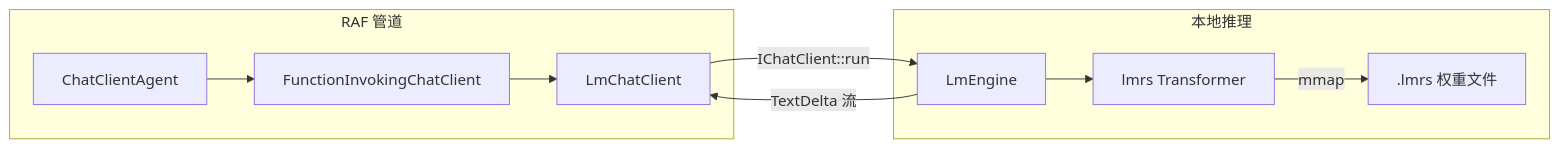
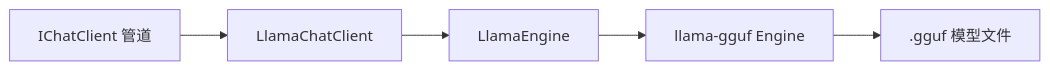
The diagram in docs/09-chat-client-pipeline/local-inference.md (Rust-Framework/rust-agent-framework), drawn with Mermaid before and after one commit. The commit also changed other lines of this file and 67 other files, not shown here.

````diff
--- a/docs/09-chat-client-pipeline/local-inference.md
+++ b/docs/09-chat-client-pipeline/local-inference.md
@@ -7,20 +7,7 @@
 ```mermaid
-graph LR
-    subgraph "RAF 管道"
-        A[ChatClientAgent]
-        B[FunctionInvokingChatClient]
-        C[LmChatClient]
-    end
-
-    subgraph "本地推理"
-        D[LmEngine]
-        E[lmrs Transformer]
-        F[.lmrs 权重文件]
-    end
-
-    A --> B --> C
-    C -->|IChatClient::run| D
-    D --> E
-    E -->|mmap| F
-    D -->|TextDelta 流| C
+flowchart LR
+    A[IChatClient 管道] --> B[LlamaChatClient]
+    B --> C[LlamaEngine]
+    C --> D[llama-gguf Engine]
+    D --> E[.gguf 模型文件]
 ```
````
